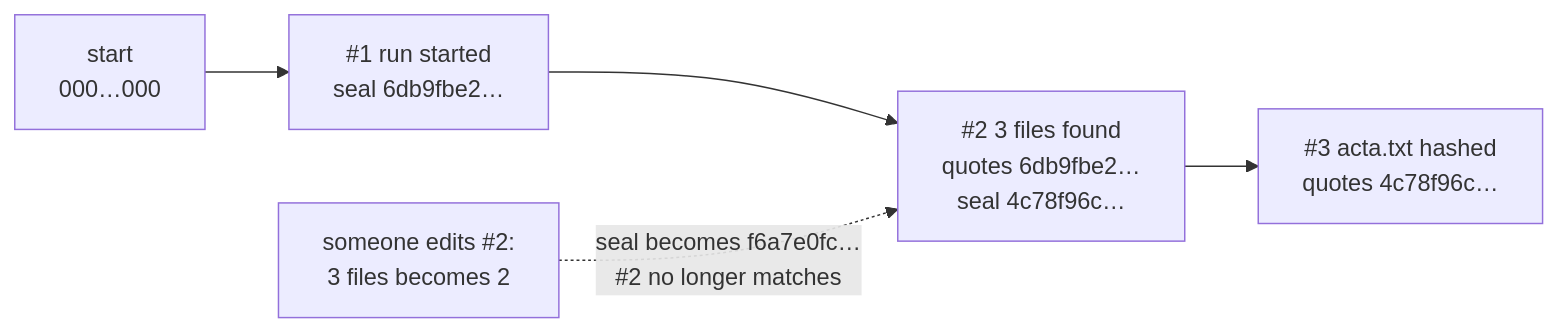
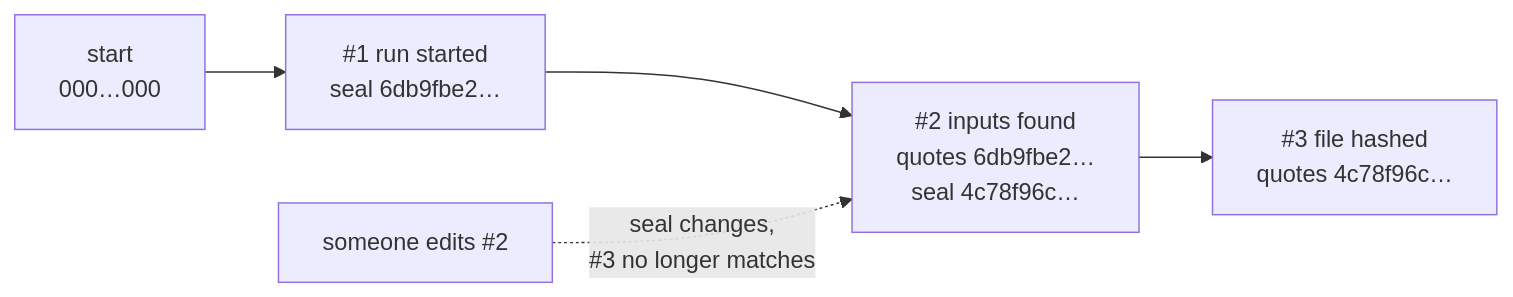
Before and after one commit to Panacota96/rv-mailauth: the fourth of 11 diagrams in docs/theory.md, drawn with Mermaid. The commit also changed other lines of this file and 101 other files, not shown here.

````diff
--- a/docs/theory.md
+++ b/docs/theory.md
@@ -162,7 +207,7 @@
 ```mermaid
 flowchart LR
     G["start<br/>000…000"] --> E1["#1 run started<br/>seal 6db9fbe2…"]
-    E1 --> E2["#2 3 files found<br/>quotes 6db9fbe2…<br/>seal 4c78f96c…"]
-    E2 --> E3["#3 acta.txt hashed<br/>quotes 4c78f96c…"]
-    X["someone edits #2:<br/>3 files becomes 2"] -.->|"seal becomes f6a7e0fc…<br/>#2 no longer matches"| E2
+    E1 --> E2["#2 inputs found<br/>quotes 6db9fbe2…<br/>seal 4c78f96c…"]
+    E2 --> E3["#3 file hashed<br/>quotes 4c78f96c…"]
+    X["someone edits #2"] -.->|"seal changes,<br/>#3 no longer matches"| E2
 ```
````
